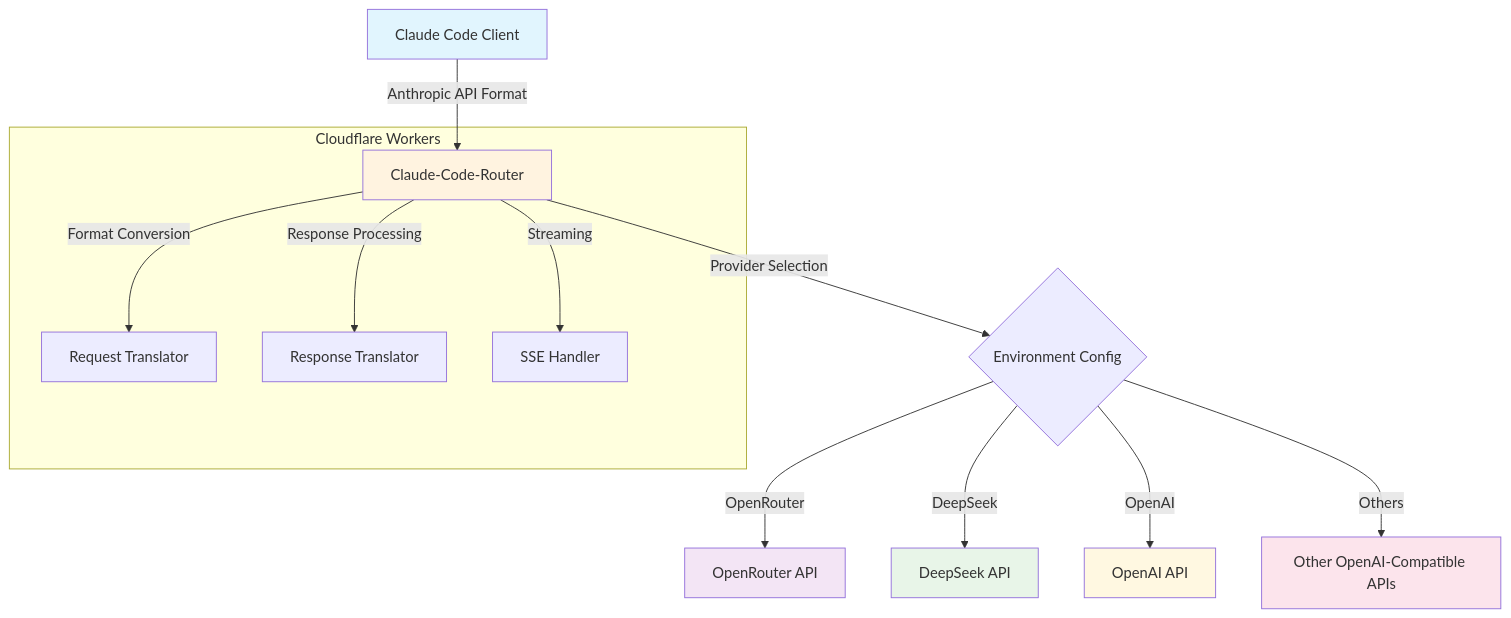
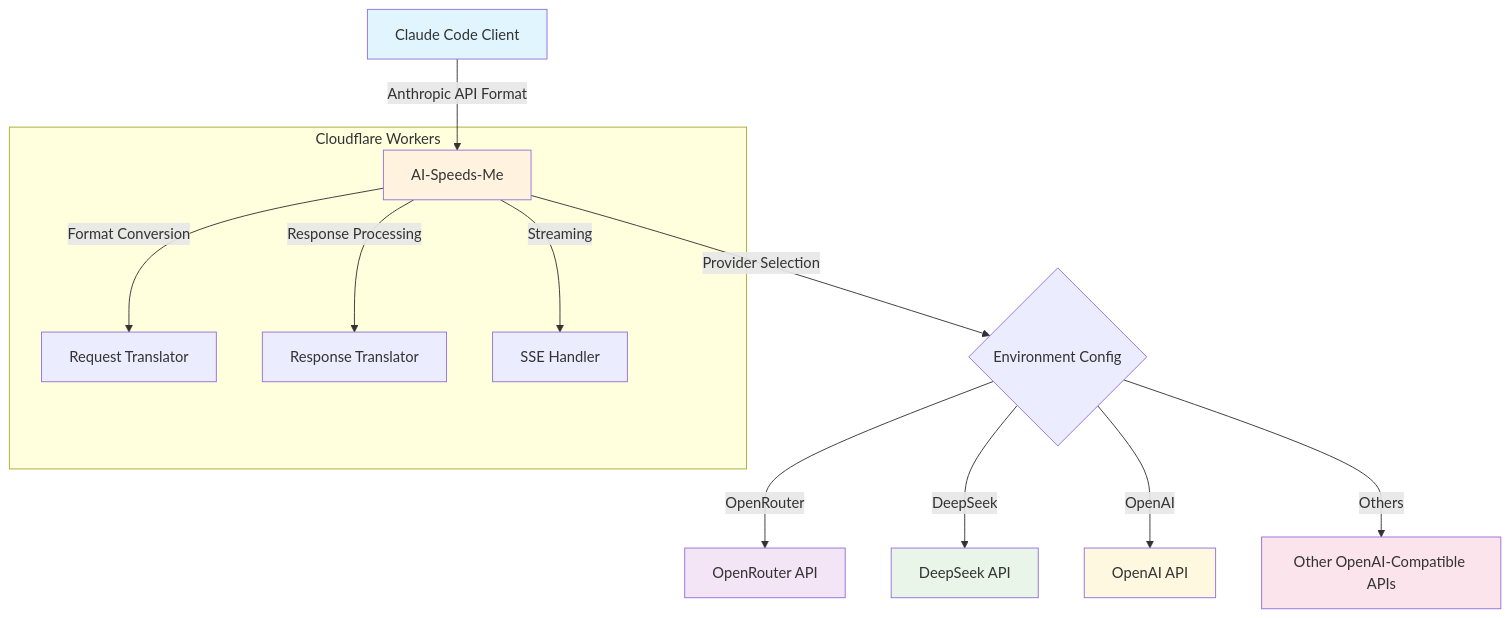
The first of 3 diagrams in README.md (istarwyh/ai-speeds), drawn with Mermaid before and after one commit. The commit also changed other lines of this file and 10 other files, not shown here.

First line of the commit message:
feat: add /v1/messages route for Claude Code compatibility

````diff
--- a/README.md
+++ b/README.md
@@ -50,27 +50,27 @@
 ```mermaid
 graph TB
-    A[Claude Code Client] -->|Anthropic API Format| B[Claude-Code-Router]
+    A[Claude Code Client] -->|Anthropic API Format| B[AI-Speeds-Me]
     B -->|Provider Selection| C{Environment Config}
     C -->|OpenRouter| D[OpenRouter API]
     C -->|DeepSeek| E[DeepSeek API]
     C -->|OpenAI| F[OpenAI API]
     C -->|Others| G[Other OpenAI-Compatible APIs]
 
     B -->|Format Conversion| H[Request Translator]
     B -->|Response Processing| I[Response Translator]
     B -->|Streaming| J[SSE Handler]
 
     subgraph "Cloudflare Workers"
         B
         H
         I
         J
     end
 
     style A fill:#e1f5fe
     style B fill:#fff3e0
     style D fill:#f3e5f5
     style E fill:#e8f5e8
     style F fill:#fff8e1
     style G fill:#fce4ec
 ```
````
